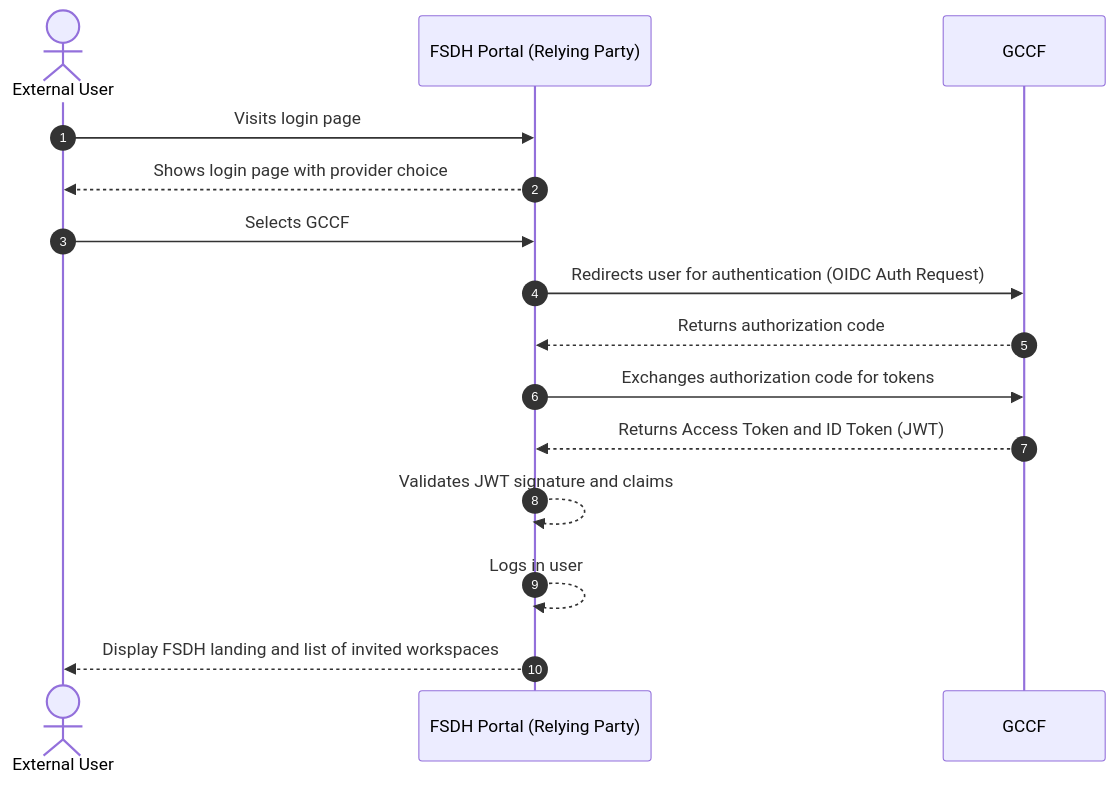
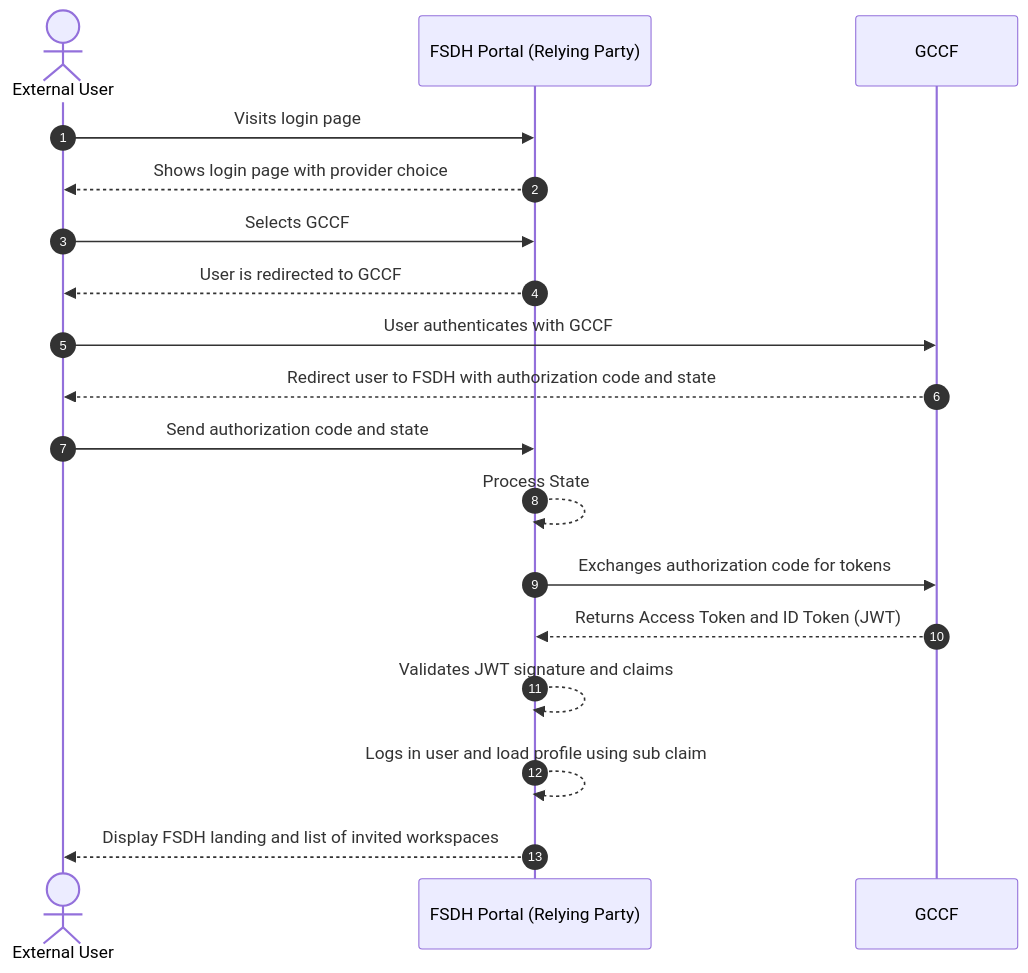
The first of 6 diagrams in DeveloperGuide/GCCF/oidc_flow.md (ssc-sp/datahub-docs), drawn with Mermaid before and after one commit. The commit also changed other lines of this file, not shown here.

Commit message:
fixed oidc steps

````diff
--- a/DeveloperGuide/GCCF/oidc_flow.md
+++ b/DeveloperGuide/GCCF/oidc_flow.md
@@ -9,17 +9,19 @@
 ```mermaid
 sequenceDiagram
     actor User as External User
     participant FSDH as FSDH Portal (Relying Party)
     autonumber
     User->>FSDH: Visits login page
     FSDH-->>User: Shows login page with provider choice
     User->>FSDH: Selects GCCF
-    FSDH->>GCCF: Redirects user for authentication (OIDC Auth Request)
-
-    GCCF-->>FSDH: Returns authorization code
+    FSDH-->>User: User is redirected to GCCF
+    User->>GCCF: User authenticates with GCCF
+    GCCF-->>User: Redirect user to FSDH with authorization code and state
+    User->>FSDH: Send authorization code and state
+    FSDH-->>FSDH: Process State
     FSDH->>GCCF: Exchanges authorization code for tokens
     GCCF-->>FSDH: Returns Access Token and ID Token (JWT)
     FSDH-->>FSDH: Validates JWT signature and claims
-    FSDH-->>FSDH: Logs in user 
+    FSDH-->>FSDH: Logs in user and load profile using sub claim
     FSDH-->>User: Display FSDH landing and list of invited workspaces
 ```
````
